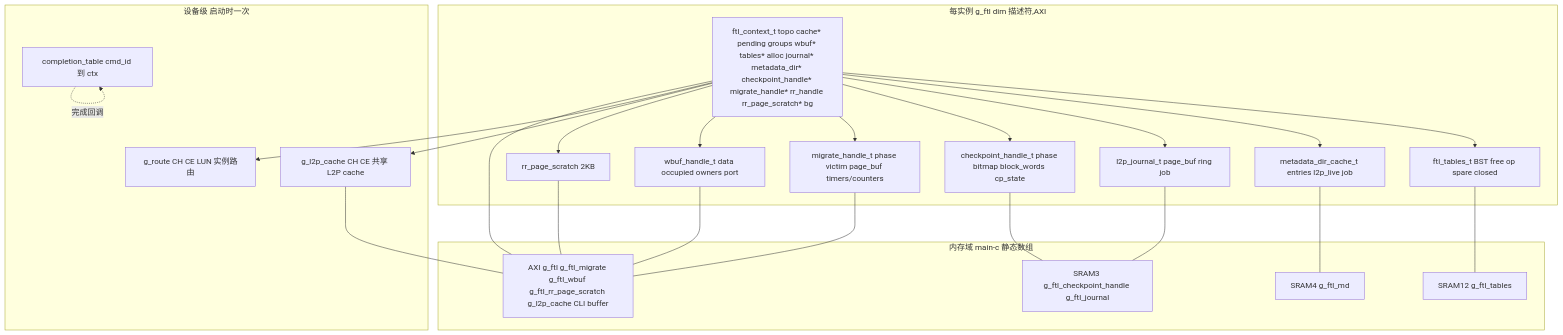
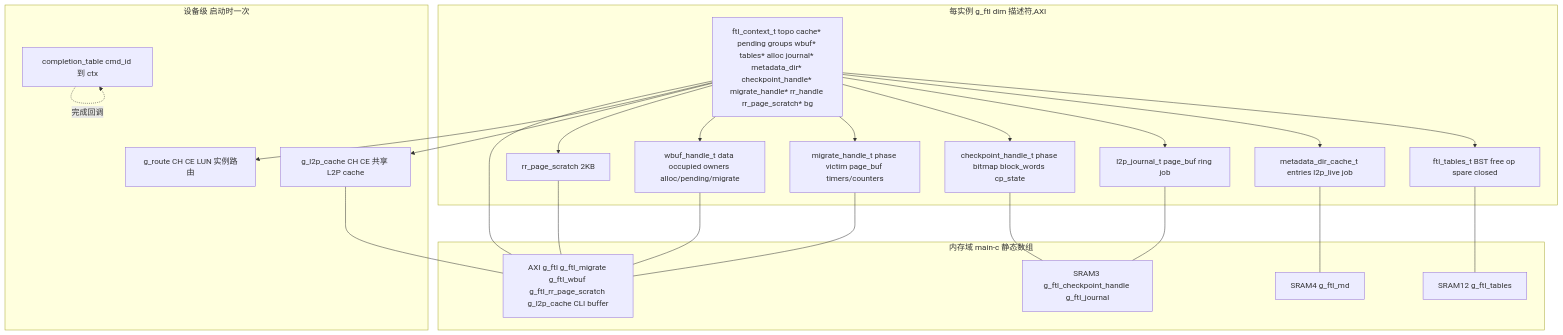
One commit to YzYMIAO/BASESSD changed diagram 32 of 32 in docs/design/ftl_design.md. Above: the diagram before and after it, drawn with Mermaid. The commit also changed other lines of this file and 24 other files, not shown here.

````diff
--- a/docs/design/ftl_design.md
+++ b/docs/design/ftl_design.md
@@ -3980,46 +3980,46 @@
 ```mermaid
 flowchart TB
     subgraph "设备级 启动时一次"
         ROUTE["g_route CH CE LUN 实例路由"]
         CT["completion_table cmd_id 到 ctx"]
         LC["g_l2p_cache CH CE 共享 L2P cache"]
     end
 
     subgraph "每实例 g_ftl dim 描述符,AXI"
         CTX["ftl_context_t topo cache* pending groups wbuf* tables* alloc journal* metadata_dir* checkpoint_handle* migrate_handle* rr_handle rr_page_scratch* bg"]
         TAB["ftl_tables_t BST free op spare closed"]
         MD["metadata_dir_cache_t entries l2p_live job"]
         JRN["l2p_journal_t page_buf ring job"]
         CPJ["checkpoint_handle_t phase bitmap block_words cp_state"]
         MIG["migrate_handle_t phase victim page_buf timers/counters"]
-        WB["wbuf_handle_t data occupied owners port"]
+        WB["wbuf_handle_t data occupied owners alloc/pending/migrate"]
         RRS["rr_page_scratch 2KB"]
     end
 
     subgraph "内存域 main-c 静态数组"
         D12["SRAM12 g_ftl_tables"]
         D3["SRAM3 g_ftl_checkpoint_handle g_ftl_journal"]
         D4["SRAM4 g_ftl_md"]
         AX["AXI g_ftl g_ftl_migrate g_ftl_wbuf g_ftl_rr_page_scratch g_l2p_cache CLI buffer"]
     end
 
     CTX --> TAB
     CTX --> MD
     CTX --> JRN
     CTX --> CPJ
     CTX --> MIG
     CTX --> WB
     CTX --> RRS
     CTX --> LC
     CTX --> ROUTE
     CT -.->|完成回调| CT
     TAB --- D12
     CPJ --- D3
     JRN --- D3
     MD --- D4
     MIG --- AX
     WB --- AX
     RRS --- AX
     CTX --- AX
     LC --- AX
 ```
````
